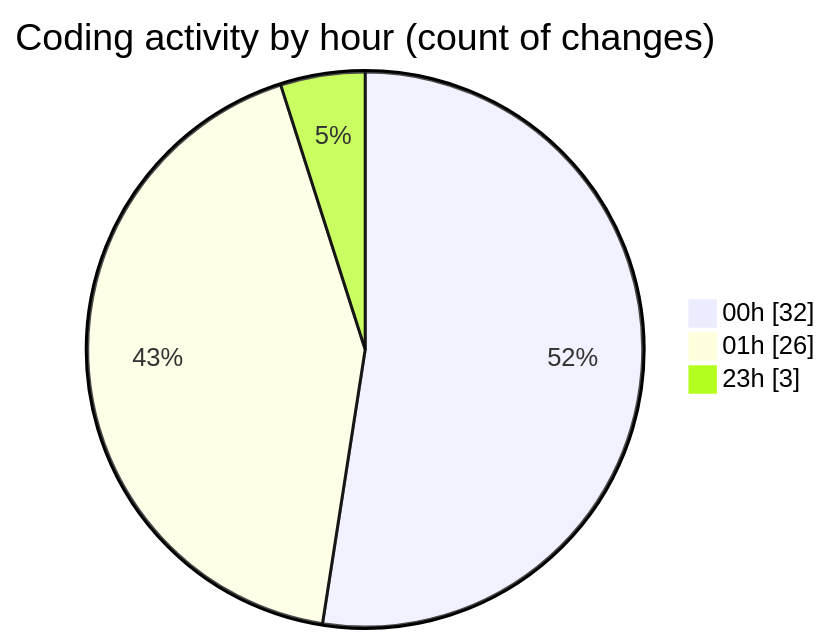
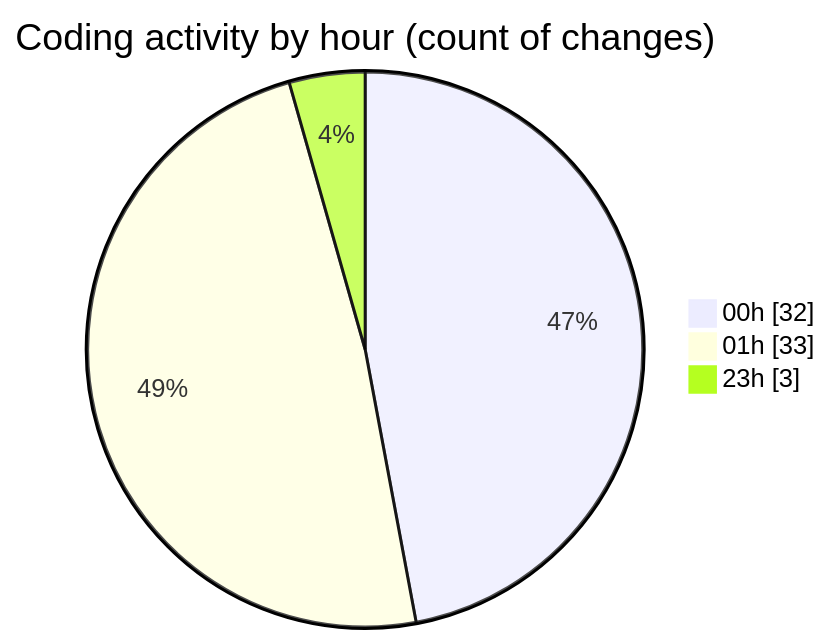
One commit to lephambinh05/code-tracking changed the second of 2 diagrams in 2025-07-28/quanlyrapchieuphim-1/README.md. Above: the diagram before and after it, drawn with Mermaid. The commit also changed other lines of this file and 1 other file, not shown here.

````diff
--- a/2025-07-28/quanlyrapchieuphim-1/README.md
+++ b/2025-07-28/quanlyrapchieuphim-1/README.md
@@ -44,7 +44,7 @@
 ```mermaid
 pie showData
 title Coding activity by hour (count of changes)
 "00h" : 32
-"01h" : 26
+"01h" : 33
 "23h" : 3
 ```
````
